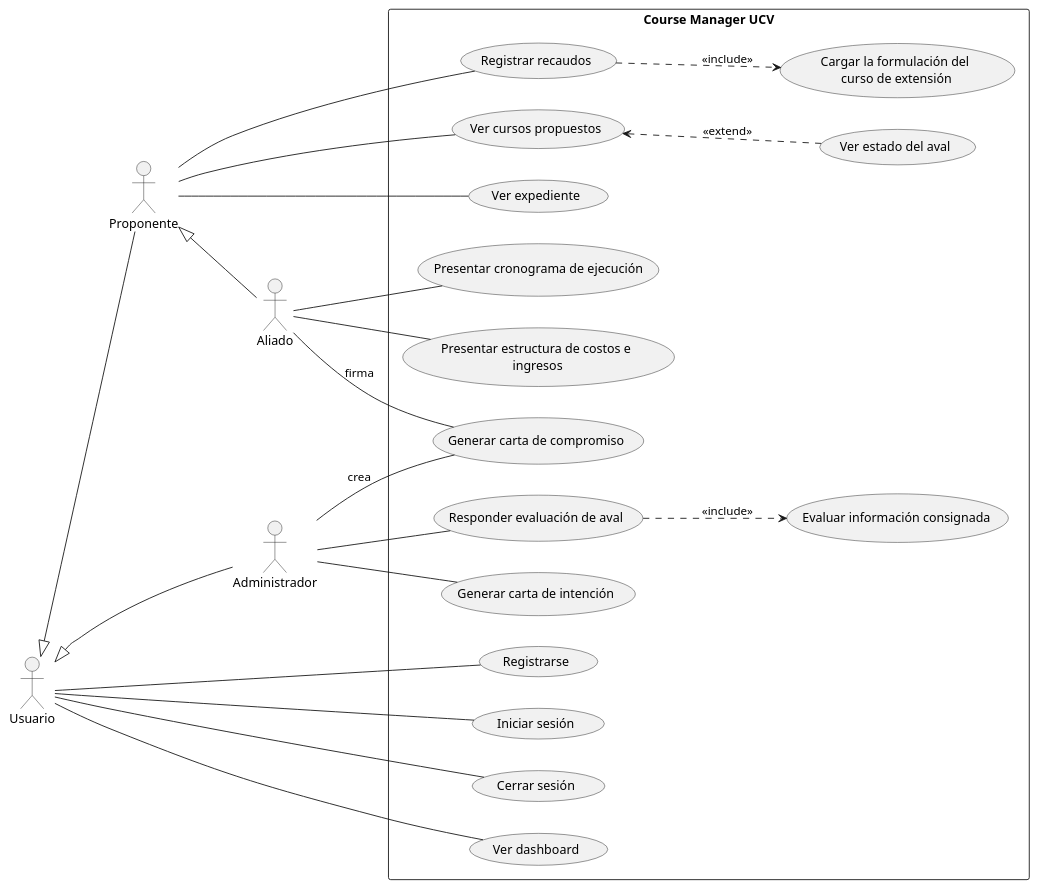
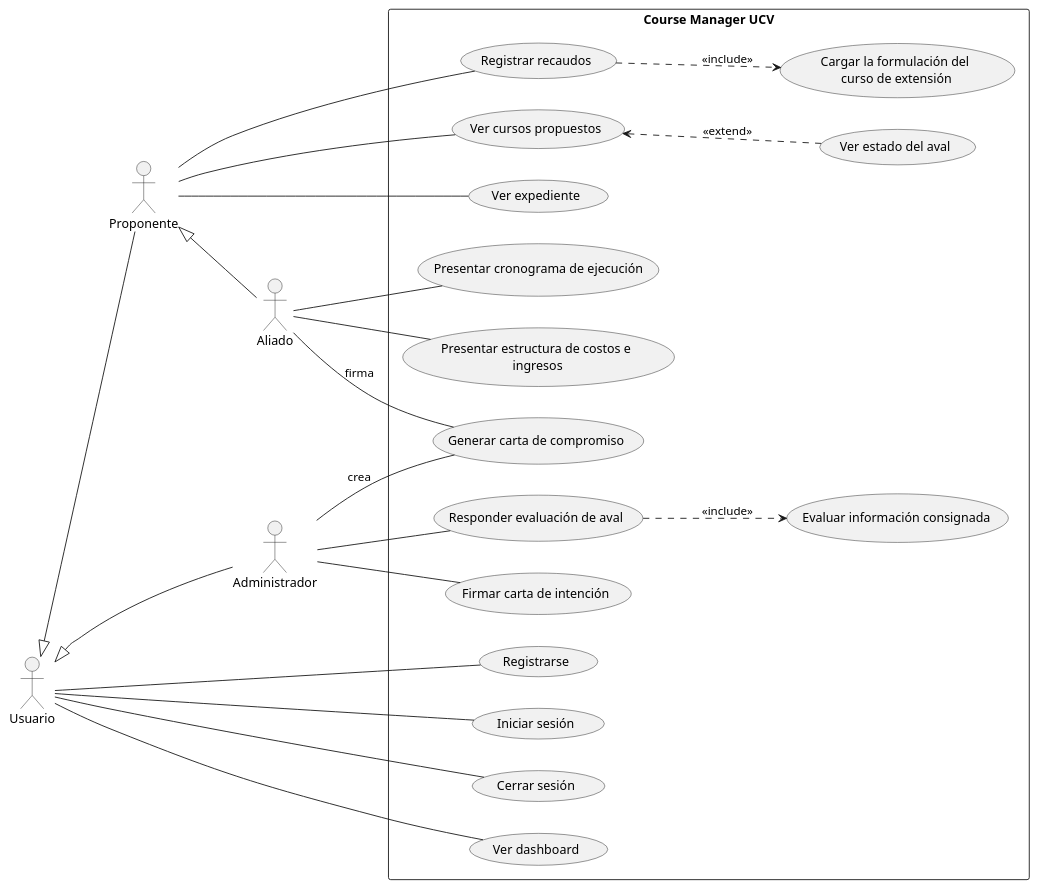
Before and after one commit to Samantha-Ramirez/ProyectoEquipo7ING: the diagram in docs/scenariosView/DisciplinaDeRequisitosDiagramaDeCasosDeUso.plantuml, drawn with PlantUML. The commit also changed 1 other file, not shown here.

```diff
--- a/docs/scenariosView/DisciplinaDeRequisitosDiagramaDeCasosDeUso.plantuml
+++ b/docs/scenariosView/DisciplinaDeRequisitosDiagramaDeCasosDeUso.plantuml
@@ -1,64 +1,64 @@
 @startuml DisciplinaDeRequisitosDiagramaDeCasosDeUso
 
 'ACTORES PRIMARIOS
 actor :Usuario: as Men1
 actor :Proponente: as Men2
 actor :Administrador: as Men3
 actor :Aliado: as Men4
 
 Men1 <|-- Men2
 Men1 <|-- Men3
 Men2 <|-- Men4
 left to right direction
 
 'INICIO DEL LIMITE
 rectangle "Course Manager UCV"{
 (Registrarse) as (UC1)
 (Iniciar sesión) as (UC14)
 (Cerrar sesión) as (UC15)
 
 
 (Registrar recaudos) as (UC3)
 (Ver cursos propuestos) as (UC4)
 (Ver estado del aval) as (UC12)
 (Ver expediente) as (UC11)
 
 'CASO INCLUDE
 (Cargar la formulación del\n curso de extensión) as (UC5)
 
 (Ver dashboard) as (UC2)
 
 'CASO EXTEND
 '(Volver a cargar formulación) as (UCE1)
 
 (Evaluar información consignada) as (UC6)
 (Responder evaluación de aval) as (UC7)
-(Generar carta de intención) as (UC8)
+(Firmar carta de intención) as (UC8)
 (Generar carta de compromiso) as (UC13)
 
 (Presentar cronograma de ejecución) as (UC9)
 (Presentar estructura de costos e\n ingresos) as (UC10)
 }
 
 Men1 -- UC1
 Men1 -- UC14
 Men1 -- UC15
 Men1 -- UC2
 
 Men2 -- UC3
 Men2 -- UC4
 UC4 <.. UC12: <<extend>>
 Men2 -- UC11
 UC3 ..> UC5  : <<include>>
 'UC3 <.. UCE1 : <<extend>>
 
 Men3 -- UC7
 UC7 ..> UC6  : <<include>>
 Men3 -- UC8
 Men3 --UC13 : crea
 
 Men4 -- UC9
 Men4 -- UC10
 Men4 -- UC13 : firma
 
 @enduml
```
